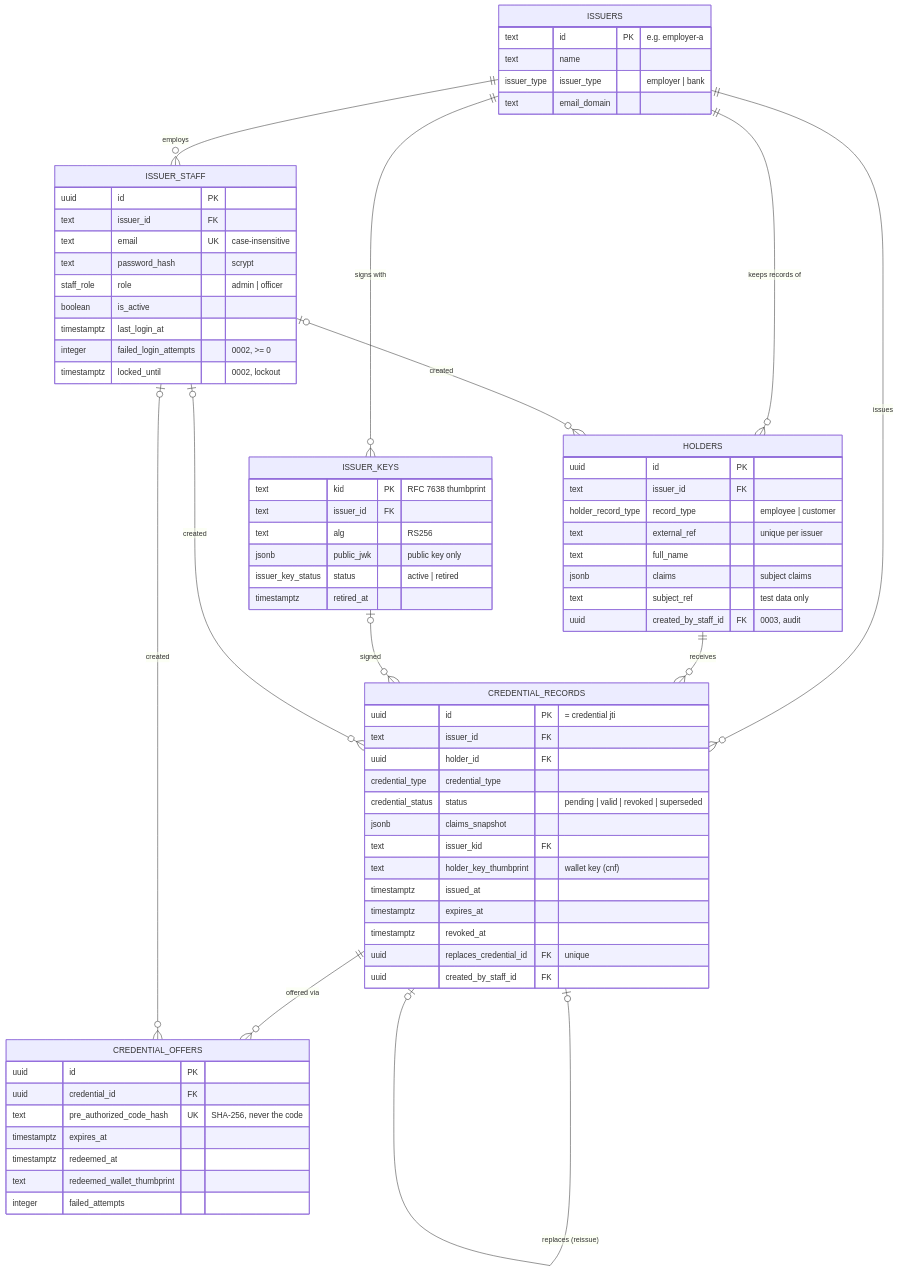
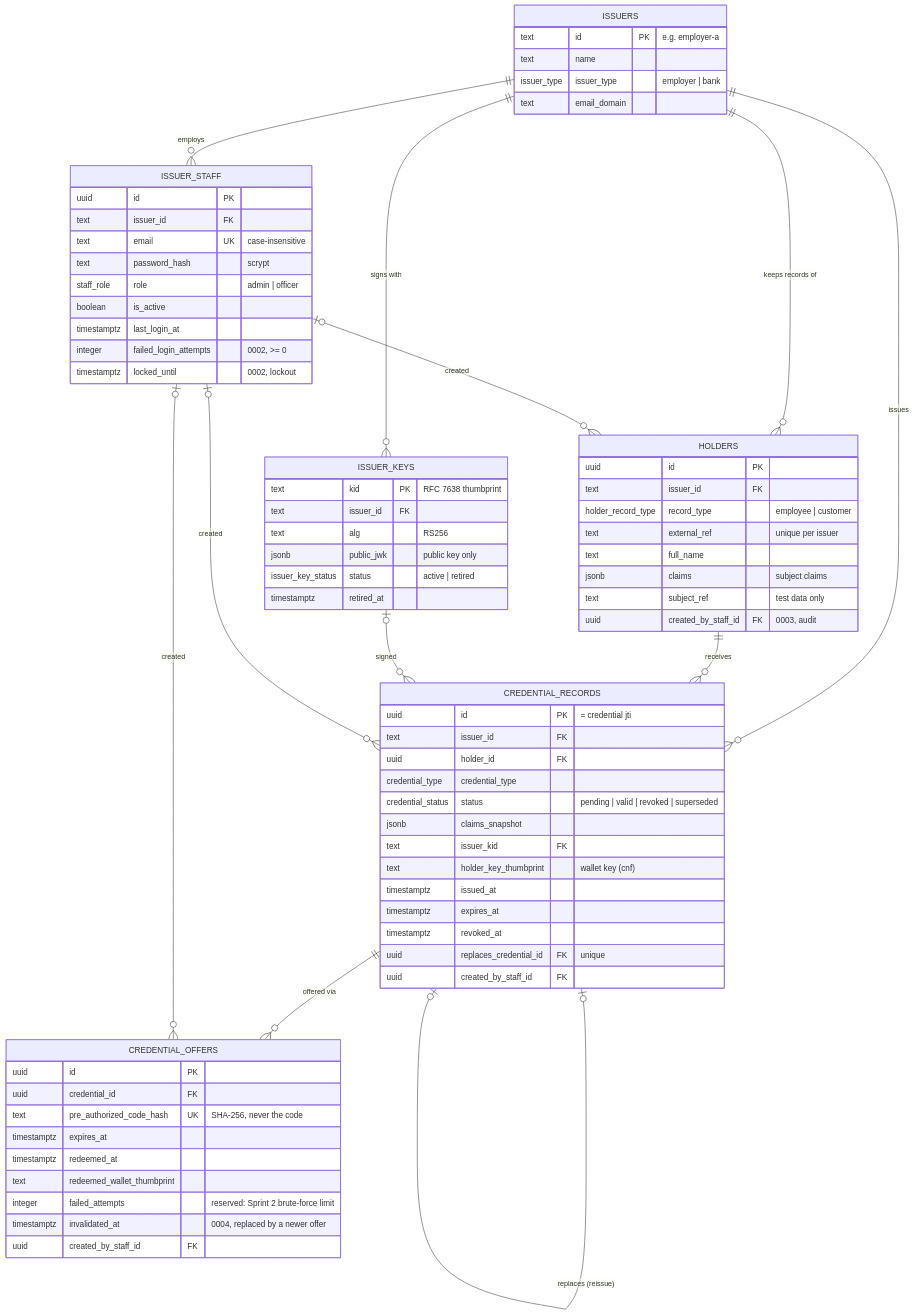
One commit to Thisathgeemal/UniVault changed the diagram in docs/database/database-design.md. Above: the diagram before and after it, drawn with Mermaid. The commit also changed other lines of this file and 22 other files, not shown here.

````diff
--- a/docs/database/database-design.md
+++ b/docs/database/database-design.md
@@ -18,74 +18,76 @@
 ```mermaid
 erDiagram
     ISSUERS ||--o{ ISSUER_KEYS : "signs with"
     ISSUERS ||--o{ ISSUER_STAFF : employs
     ISSUERS ||--o{ HOLDERS : "keeps records of"
     ISSUERS ||--o{ CREDENTIAL_RECORDS : issues
     HOLDERS ||--o{ CREDENTIAL_RECORDS : "receives"
     ISSUER_KEYS |o--o{ CREDENTIAL_RECORDS : "signed"
     CREDENTIAL_RECORDS |o--o| CREDENTIAL_RECORDS : "replaces (reissue)"
     CREDENTIAL_RECORDS ||--o{ CREDENTIAL_OFFERS : "offered via"
     ISSUER_STAFF |o--o{ HOLDERS : "created"
     ISSUER_STAFF |o--o{ CREDENTIAL_RECORDS : "created"
     ISSUER_STAFF |o--o{ CREDENTIAL_OFFERS : "created"
 
     ISSUERS {
         text id PK "e.g. employer-a"
         text name
         issuer_type issuer_type "employer | bank"
         text email_domain
     }
     ISSUER_KEYS {
         text kid PK "RFC 7638 thumbprint"
         text issuer_id FK
         text alg "RS256"
         jsonb public_jwk "public key only"
         issuer_key_status status "active | retired"
         timestamptz retired_at
     }
     ISSUER_STAFF {
         uuid id PK
         text issuer_id FK
         text email UK "case-insensitive"
         text password_hash "scrypt"
         staff_role role "admin | officer"
         boolean is_active
         timestamptz last_login_at
         integer failed_login_attempts "0002, >= 0"
         timestamptz locked_until "0002, lockout"
     }
     HOLDERS {
         uuid id PK
         text issuer_id FK
         holder_record_type record_type "employee | customer"
         text external_ref "unique per issuer"
         text full_name
         jsonb claims "subject claims"
         text subject_ref "test data only"
         uuid created_by_staff_id FK "0003, audit"
     }
     CREDENTIAL_RECORDS {
         uuid id PK "= credential jti"
         text issuer_id FK
         uuid holder_id FK
         credential_type credential_type
         credential_status status "pending | valid | revoked | superseded"
         jsonb claims_snapshot
         text issuer_kid FK
         text holder_key_thumbprint "wallet key (cnf)"
         timestamptz issued_at
         timestamptz expires_at
         timestamptz revoked_at
         uuid replaces_credential_id FK "unique"
         uuid created_by_staff_id FK
     }
     CREDENTIAL_OFFERS {
         uuid id PK
         uuid credential_id FK
         text pre_authorized_code_hash UK "SHA-256, never the code"
         timestamptz expires_at
         timestamptz redeemed_at
         text redeemed_wallet_thumbprint
-        integer failed_attempts
+        integer failed_attempts "reserved: Sprint 2 brute-force limit"
+        timestamptz invalidated_at "0004, replaced by a newer offer"
+        uuid created_by_staff_id FK
     }
 ```
````
